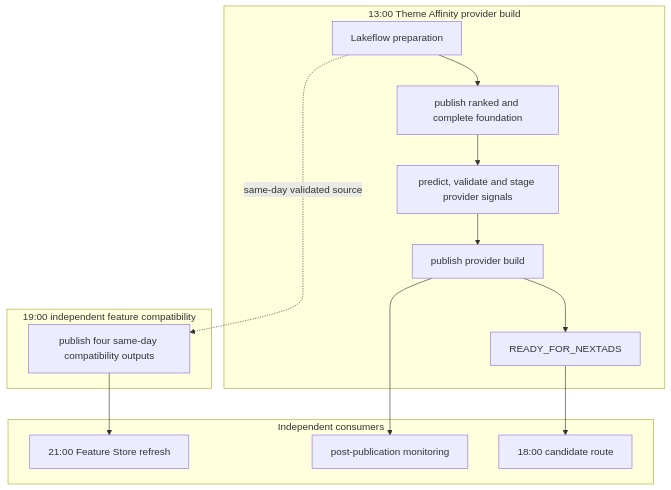
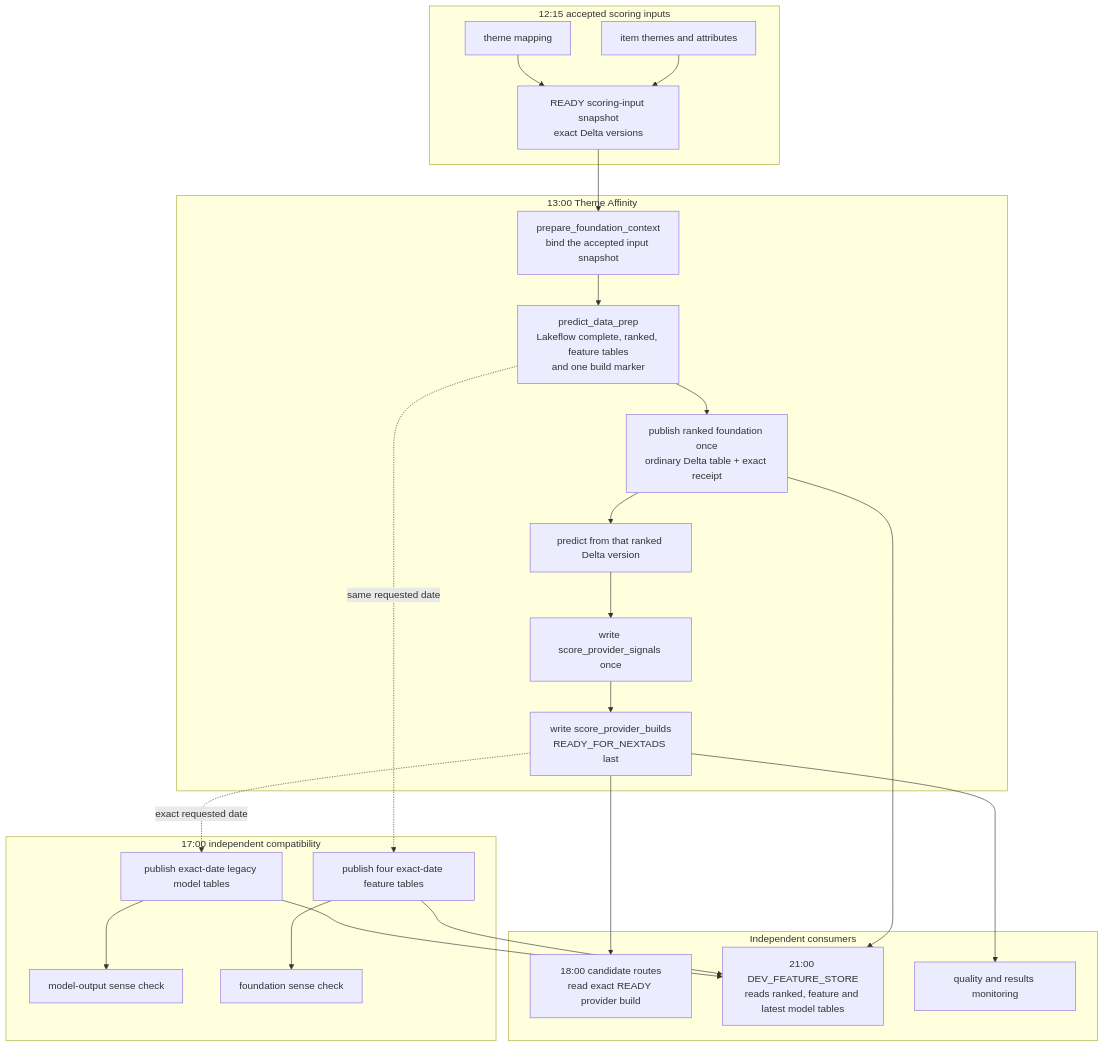
The diagram in docs/architecture/theme_affinity_operational_flow.md (swblain-glyndwr/personal_project), drawn with Mermaid before and after one commit. The commit also changed other lines of this file and 10 other files, not shown here.

````diff
--- a/docs/architecture/theme_affinity_operational_flow.md
+++ b/docs/architecture/theme_affinity_operational_flow.md
@@ -7,25 +5,44 @@
 ```mermaid
 flowchart TD
-  subgraph provider["13:00 Theme Affinity provider build"]
-    prep["Lakeflow preparation"]
-    foundation["publish ranked and complete foundation"]
-    predict["predict, validate and stage provider signals"]
-    publish["publish provider build"]
-    ready["READY_FOR_NEXTADS"]
+  subgraph inputs["12:15 accepted scoring inputs"]
+    theme_mapping["theme mapping"]
+    item_themes["item themes and attributes"]
+    input_ready["READY scoring-input snapshot<br/>exact Delta versions"]
+    theme_mapping --> input_ready
+    item_themes --> input_ready
   end
 
-  subgraph compatibility["19:00 independent feature compatibility"]
-    copy["publish four same-day compatibility outputs"]
+  subgraph provider["13:00 Theme Affinity"]
+    context["prepare_foundation_context<br/>bind the accepted input snapshot"]
+    lakeflow["predict_data_prep<br/>Lakeflow complete, ranked, feature tables<br/>and one build marker"]
+    ranked["publish ranked foundation once<br/>ordinary Delta table + exact receipt"]
+    predict["predict from that ranked Delta version"]
+    signals["write score_provider_signals once"]
+    ready["write score_provider_builds<br/>READY_FOR_NEXTADS last"]
+    context --> lakeflow --> ranked --> predict --> signals --> ready
+  end
+
+  subgraph compatibility["17:00 independent compatibility"]
+    legacy["publish exact-date legacy model tables"]
+    feature_copy["publish four exact-date feature tables"]
+    model_check["model-output sense check"]
+    foundation_check["foundation sense check"]
+    legacy --> model_check
+    feature_copy --> foundation_check
   end
 
   subgraph consumers["Independent consumers"]
-    candidate["18:00 candidate route"]
-    feature_store["21:00 Feature Store refresh"]
-    monitoring["post-publication monitoring"]
+    candidate["18:00 candidate routes<br/>read exact READY provider build"]
+    feature_store["21:00 DEV_FEATURE_STORE<br/>reads ranked, feature and latest model tables"]
+    monitoring["quality and results monitoring"]
   end
 
-  prep --> foundation --> predict --> publish --> ready
+  input_ready --> context
   ready --> candidate
-  publish --> monitoring
-  prep -. same-day validated source .-> copy --> feature_store
+  ready -. exact requested date .-> legacy
+  lakeflow -. same requested date .-> feature_copy
+  ranked --> feature_store
+  legacy --> feature_store
+  feature_copy --> feature_store
+  ready --> monitoring
 ```
````
